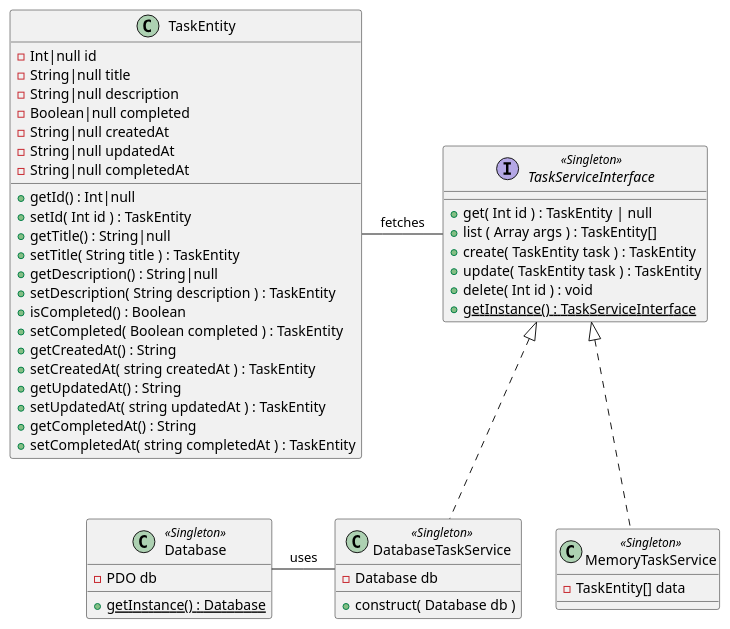
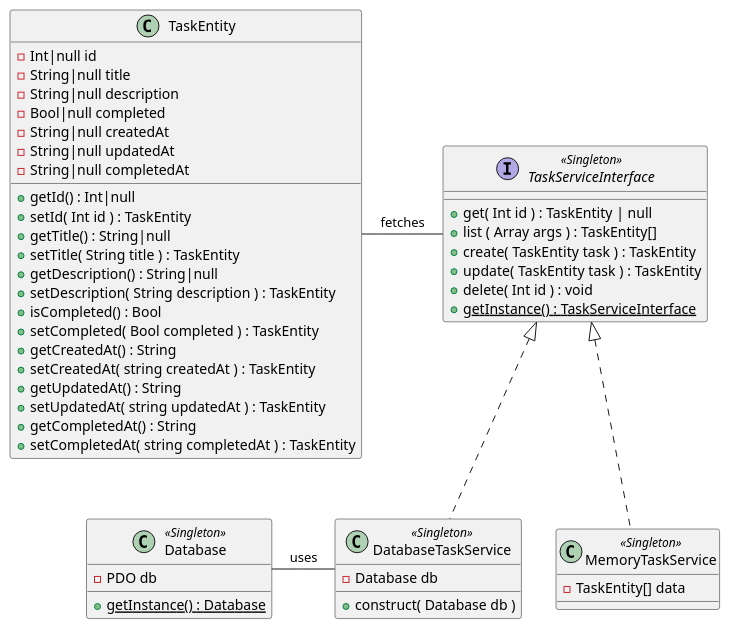
Before and after one commit to ralixt/php-todo-mvc: the diagram in class-diagram.puml, drawn with PlantUML. The commit also changed 1 other file, not shown here.

Commit message:
update uml

```diff
--- a/class-diagram.puml
+++ b/class-diagram.puml
@@ -1,57 +1,57 @@
 @startuml
 
 'Entity
 class TaskEntity {
   - Int|null id
   - String|null title
   - String|null description
-  - Boolean|null completed
+  - Bool|null completed
   - String|null createdAt
   - String|null updatedAt
   - String|null completedAt
   + getId() : Int|null
   + setId( Int id ) : TaskEntity
   + getTitle() : String|null
   + setTitle( String title ) : TaskEntity
   + getDescription() : String|null
   + setDescription( String description ) : TaskEntity
-  + isCompleted() : Boolean
-  + setCompleted( Boolean completed ) : TaskEntity
+  + isCompleted() : Bool
+  + setCompleted( Bool completed ) : TaskEntity
   + getCreatedAt() : String
   + setCreatedAt( string createdAt ) : TaskEntity
   + getUpdatedAt() : String
   + setUpdatedAt( string updatedAt ) : TaskEntity
   + getCompletedAt() : String
   + setCompletedAt( string completedAt ) : TaskEntity
 }
 
 'Services
 interface TaskServiceInterface<<Singleton>> {
   + get( Int id ) : TaskEntity | null
   + list ( Array args ) : TaskEntity[]
   + create( TaskEntity task ) : TaskEntity
   + update( TaskEntity task ) : TaskEntity
   + delete( Int id ) : void
   + {static} getInstance() : TaskServiceInterface
 }
 
 class MemoryTaskService<<Singleton>> implements TaskServiceInterface {
   - TaskEntity[] data
 }
 
 class DatabaseTaskService<<Singleton>> implements TaskServiceInterface {
   - Database db
   + construct( Database db )
 }
 
 'Common
 class Database <<Singleton>> {
   - PDO db
   + {static} getInstance() : Database
 }
 
 'Relations
 TaskEntity -right- TaskServiceInterface : fetches
 DatabaseTaskService -left- Database : uses
 
 @enduml
```
